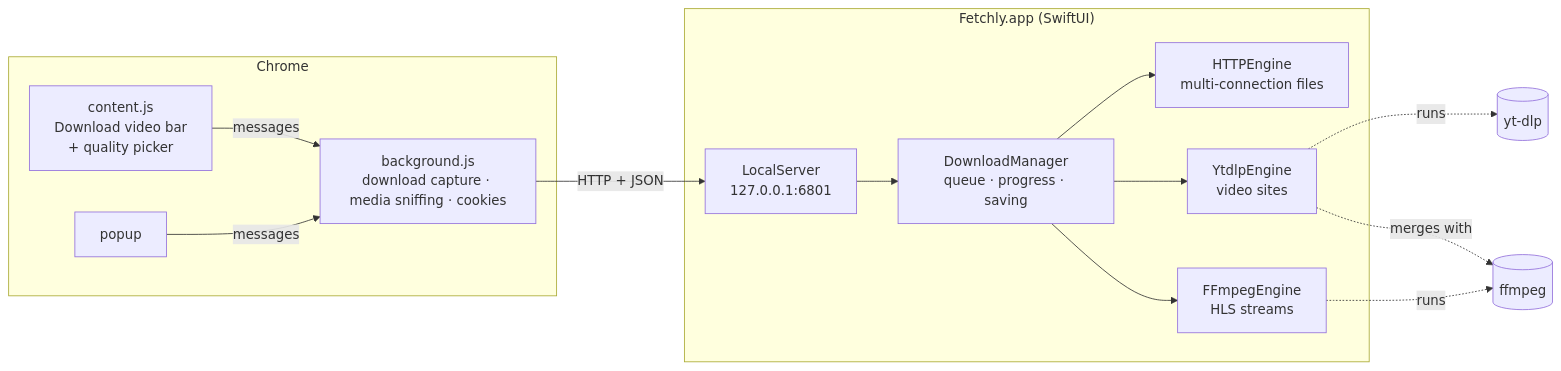
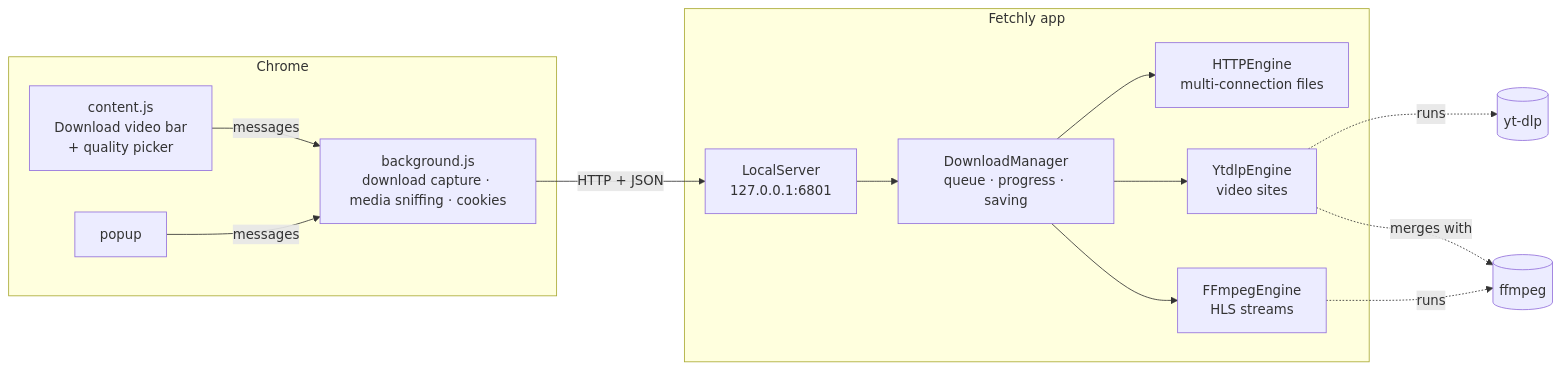
Before and after one commit to muksiturrahman/fetchly: the first of 2 diagrams in docs/HOW-IT-WORKS.md, drawn with Mermaid. The commit also changed other lines of this file and 9 other files, not shown here.

````diff
--- a/docs/HOW-IT-WORKS.md
+++ b/docs/HOW-IT-WORKS.md
@@ -10,23 +10,23 @@
 ```mermaid
 flowchart LR
   subgraph Chrome
     CS["content.js<br/>Download video bar<br/>+ quality picker"]
     BG["background.js<br/>download capture · media sniffing · cookies"]
     PU["popup"]
   end
-  subgraph App["Fetchly.app (SwiftUI)"]
+  subgraph App["Fetchly app"]
     SRV["LocalServer<br/>127.0.0.1:6801"]
     DM["DownloadManager<br/>queue · progress · saving"]
     H["HTTPEngine<br/>multi-connection files"]
     Y["YtdlpEngine<br/>video sites"]
     F["FFmpegEngine<br/>HLS streams"]
   end
   CS -- messages --> BG
   PU -- messages --> BG
   BG -- "HTTP + JSON" --> SRV
   SRV --> DM
   DM --> H & Y & F
   Y -. runs .-> YT[(yt-dlp)]
   Y -. merges with .-> FF[(ffmpeg)]
   F -. runs .-> FF
 ```
````
